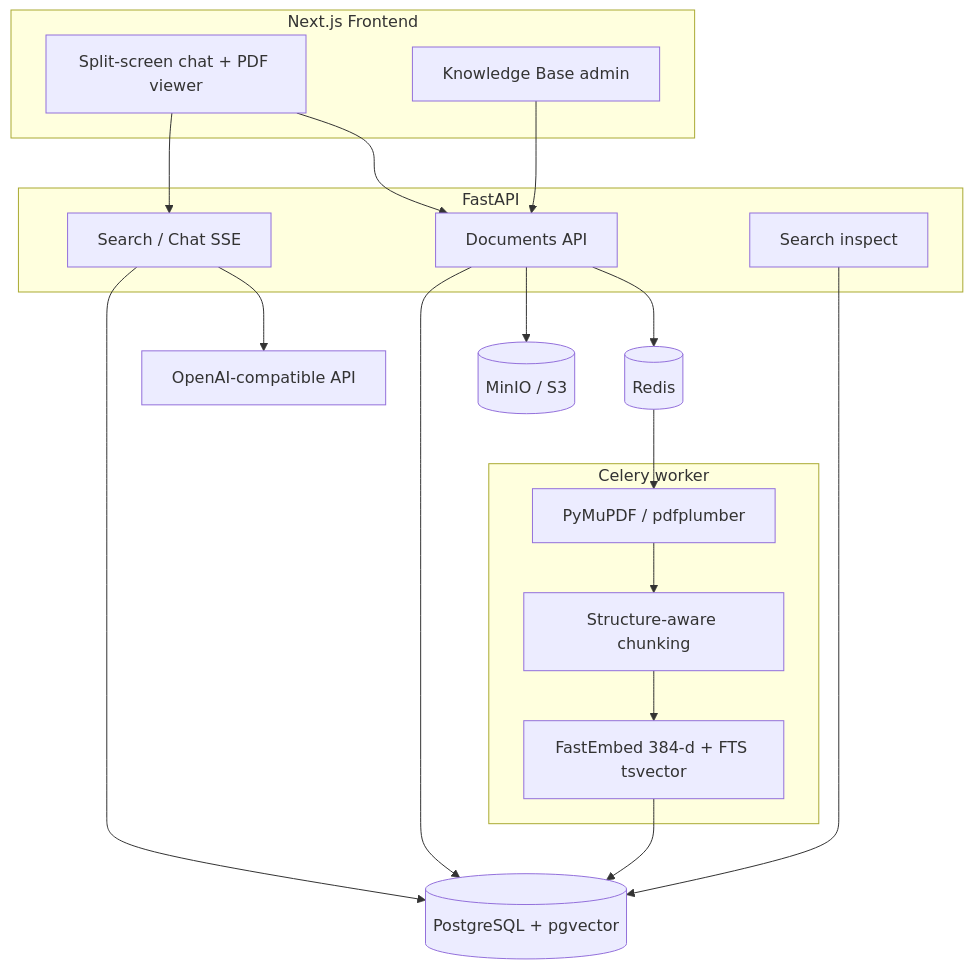
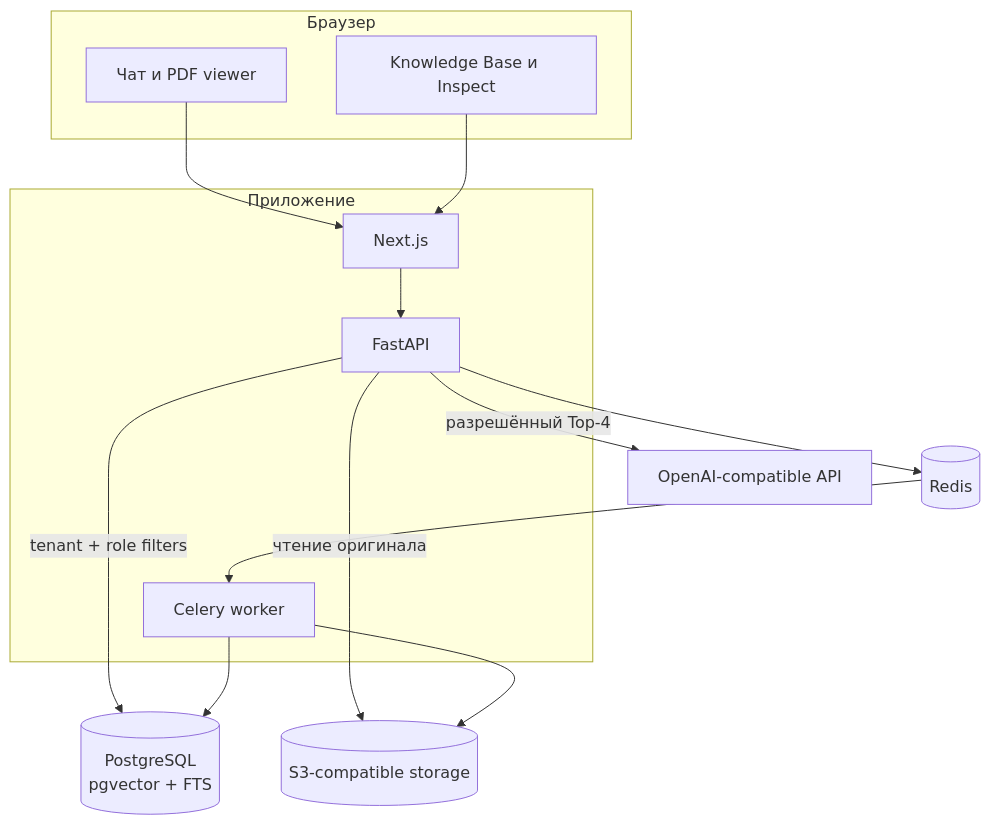
One commit to vladweat/docwise changed the first of 3 diagrams in docs/product/architecture.md. Above: the diagram before and after it, drawn with Mermaid. The commit also changed other lines of this file and 27 other files, not shown here.

````diff
--- a/docs/product/architecture.md
+++ b/docs/product/architecture.md
@@ -7,36 +9,25 @@
 ```mermaid
 flowchart TB
-  subgraph client [Next.js Frontend]
-    UI[Split-screen chat + PDF viewer]
-    Admin[Knowledge Base admin]
+  subgraph client [Браузер]
+    Chat[Чат и PDF viewer]
+    Admin[Knowledge Base и Inspect]
   end
+  subgraph web [Приложение]
+    Next[Next.js]
+    API[FastAPI]
+    Worker[Celery worker]
+  end
+  Queue[(Redis)]
+  DB[(PostgreSQL<br/>pgvector + FTS)]
+  Files[(S3-compatible storage)]
+  Model[OpenAI-compatible API]
 
-  subgraph api [FastAPI]
-    Upload[Documents API]
-    Chat[Search / Chat SSE]
-    Inspect[Search inspect]
-  end
-
-  subgraph async [Celery worker]
-    Parse[PyMuPDF / pdfplumber]
-    Chunk[Structure-aware chunking]
-    Embed[FastEmbed 384-d + FTS tsvector]
-  end
-
-  PG[(PostgreSQL + pgvector)]
-  S3[(MinIO / S3)]
-  Redis[(Redis)]
-  LLM[OpenAI-compatible API]
-
-  UI --> Chat
-  Admin --> Upload
-  Upload --> PG
-  Upload --> S3
-  Upload --> Redis
-  Redis --> Parse
-  Parse --> Chunk --> Embed --> PG
-  Chat --> PG
-  Chat --> LLM
-  Inspect --> PG
-  UI --> Upload
+  Chat --> Next --> API
+  Admin --> Next
+  API -->|tenant + role filters| DB
+  API -->|разрешённый Top-4| Model
+  API -->|чтение оригинала| Files
+  API --> Queue --> Worker
+  Worker --> DB
+  Worker --> Files
 ```
````
